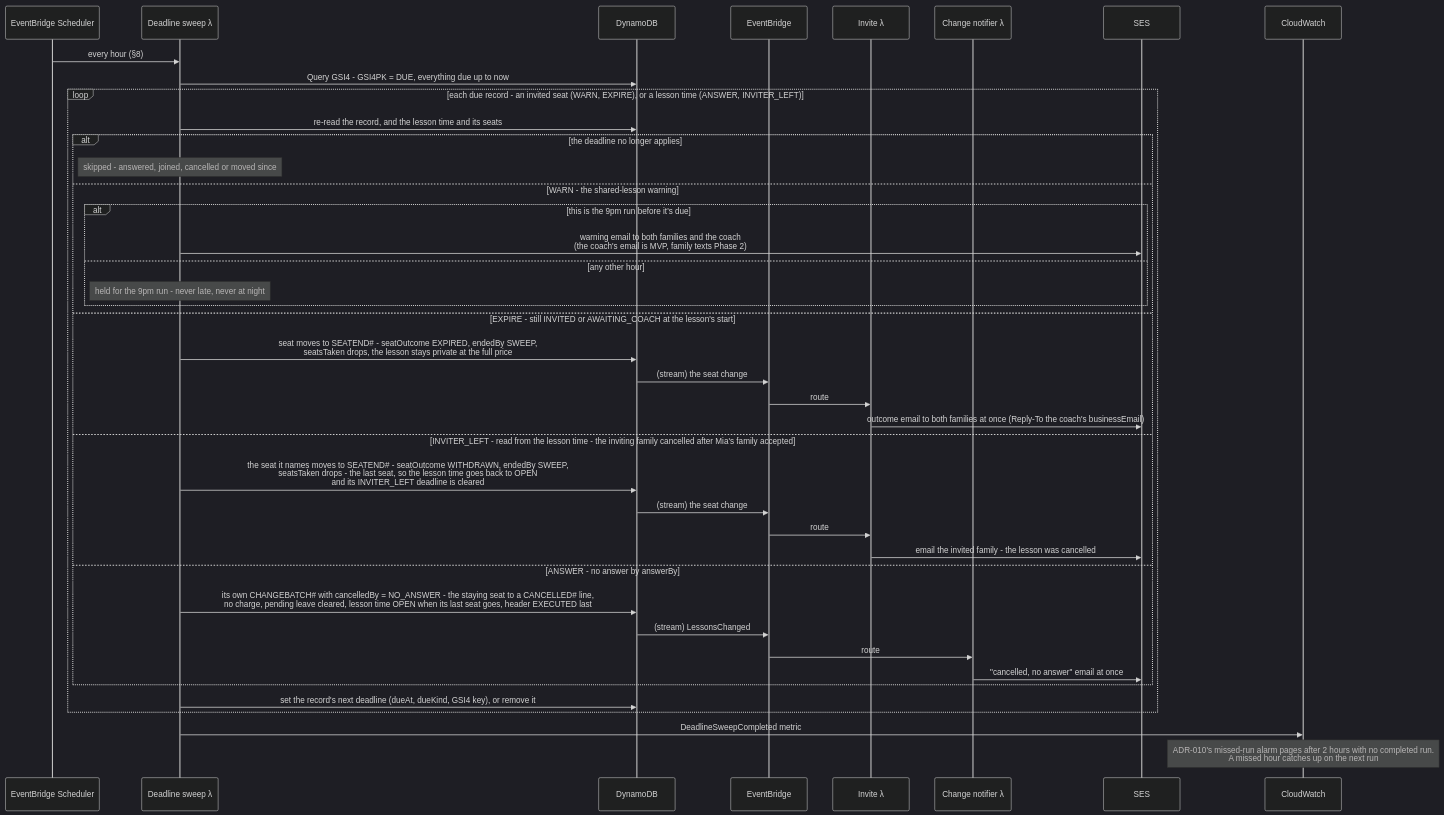
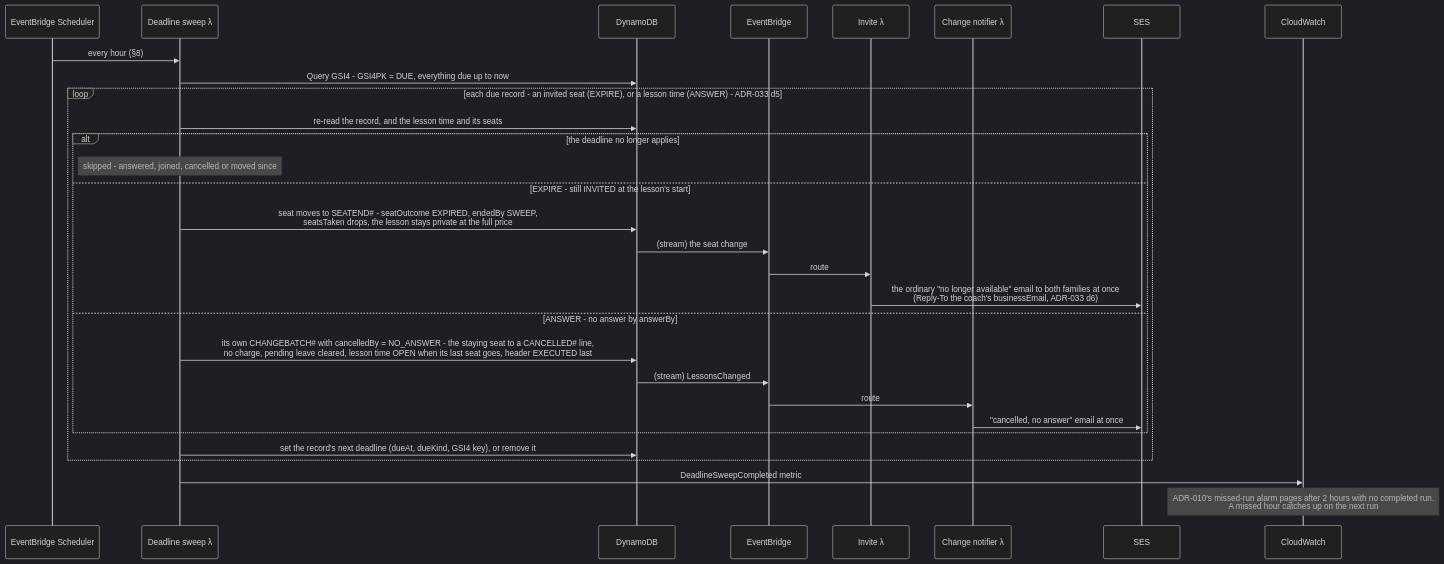
One commit to jessicamvega6/bladebook changed diagram 21 of 29 in docs/architecture.md. Above: the diagram before and after it, drawn with Mermaid (dark theme). The commit also changed other lines of this file and 32 other files, not shown here.

First line of the commit message:
Bring docs and diagrams in line with ADR-033 and today's decisions

````diff
--- a/docs/architecture.md
+++ b/docs/architecture.md
@@ -1768,43 +1762,32 @@
 ```mermaid
 sequenceDiagram
     participant Sch as EventBridge Scheduler
     participant Sw as Deadline sweep λ
     participant DB as DynamoDB
     participant Bus as EventBridge
     participant Inv as Invite λ
     participant N as Change notifier λ
     participant SES as SES
     participant CW as CloudWatch
     Sch->>Sw: every hour (§8)
     Sw->>DB: Query GSI4 - GSI4PK = DUE, everything due up to now
-    loop each due record - an invited seat (WARN, EXPIRE), or a lesson time (ANSWER, INVITER_LEFT)
+    loop each due record - an invited seat (EXPIRE), or a lesson time (ANSWER) - ADR-033 d5
         Sw->>DB: re-read the record, and the lesson time and its seats
         alt the deadline no longer applies
             Note over Sw: skipped - answered, joined, cancelled or moved since
-        else WARN - the shared-lesson warning
-            alt this is the 9pm run before it's due
-                Sw->>SES: warning email to both families and the coach<br/>(the coach's email is MVP, family texts Phase 2)
-            else any other hour
-                Note over Sw: held for the 9pm run - never late, never at night
-            end
-        else EXPIRE - still INVITED or AWAITING_COACH at the lesson's start
+        else EXPIRE - still INVITED at the lesson's start
             Sw->>DB: seat moves to SEATEND#35; - seatOutcome EXPIRED, endedBy SWEEP,<br/>seatsTaken drops, the lesson stays private at the full price
             DB->>Bus: (stream) the seat change
             Bus->>Inv: route
-            Inv->>SES: outcome email to both families at once (Reply-To the coach's businessEmail)
-        else INVITER_LEFT - read from the lesson time - the inviting family cancelled after Mia's family accepted
-            Sw->>DB: the seat it names moves to SEATEND#35; - seatOutcome WITHDRAWN, endedBy SWEEP,<br/>seatsTaken drops - the last seat, so the lesson time goes back to OPEN<br/>and its INVITER_LEFT deadline is cleared
-            DB->>Bus: (stream) the seat change
-            Bus->>Inv: route
-            Inv->>SES: email the invited family - the lesson was cancelled
+            Inv->>SES: the ordinary "no longer available" email to both families at once<br/>(Reply-To the coach's businessEmail, ADR-033 d6)
         else ANSWER - no answer by answerBy
             Sw->>DB: its own CHANGEBATCH#35; with cancelledBy = NO_ANSWER - the staying seat to a CANCELLED#35; line,<br/>no charge, pending leave cleared, lesson time OPEN when its last seat goes, header EXECUTED last
             DB->>Bus: (stream) LessonsChanged
             Bus->>N: route
             N->>SES: "cancelled, no answer" email at once
         end
         Sw->>DB: set the record's next deadline (dueAt, dueKind, GSI4 key), or remove it
     end
     Sw->>CW: DeadlineSweepCompleted metric
     Note over CW: ADR-010's missed-run alarm pages after 2 hours with no completed run.<br/>A missed hour catches up on the next run
 ```
````
